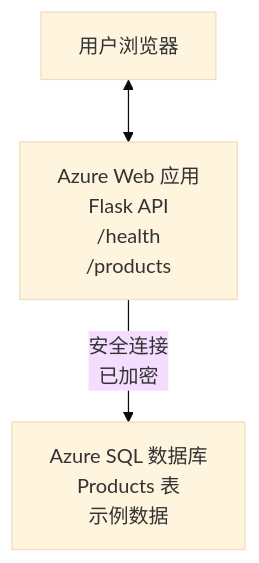
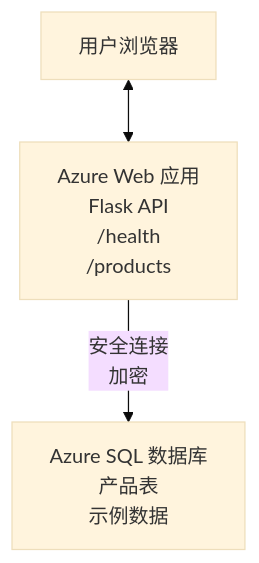
The diagram in translations/zh-CN/examples/database-app/README.md (microsoft/AZD-for-beginners), drawn with Mermaid (base theme) before and after one commit. The commit also changed other lines of this file and 101 other files, not shown here.

````diff
--- a/translations/zh-CN/examples/database-app/README.md
+++ b/translations/zh-CN/examples/database-app/README.md
@@ -72,5 +72,5 @@
 ```mermaid
 graph TD
     Browser[用户浏览器] <--> WebApp[Azure Web 应用<br/>Flask API<br/>/health<br/>/products]
-    WebApp -- 安全连接<br/>已加密 --> SQL[Azure SQL 数据库<br/>Products 表<br/>示例数据]
+    WebApp -- 安全连接<br/>加密 --> SQL[Azure SQL 数据库<br/>产品表<br/>示例数据]
 ```
````
